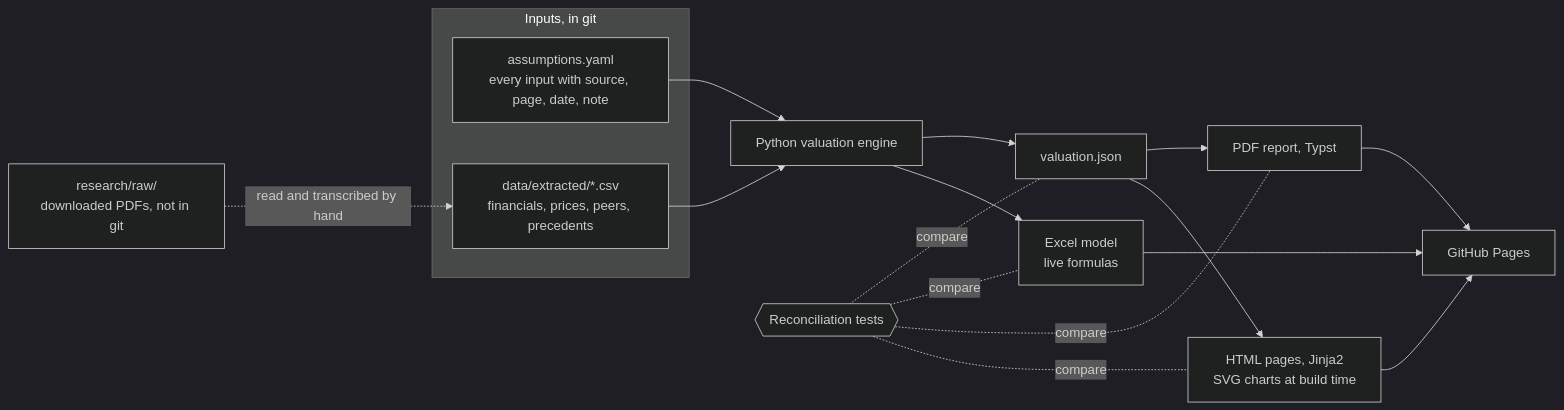
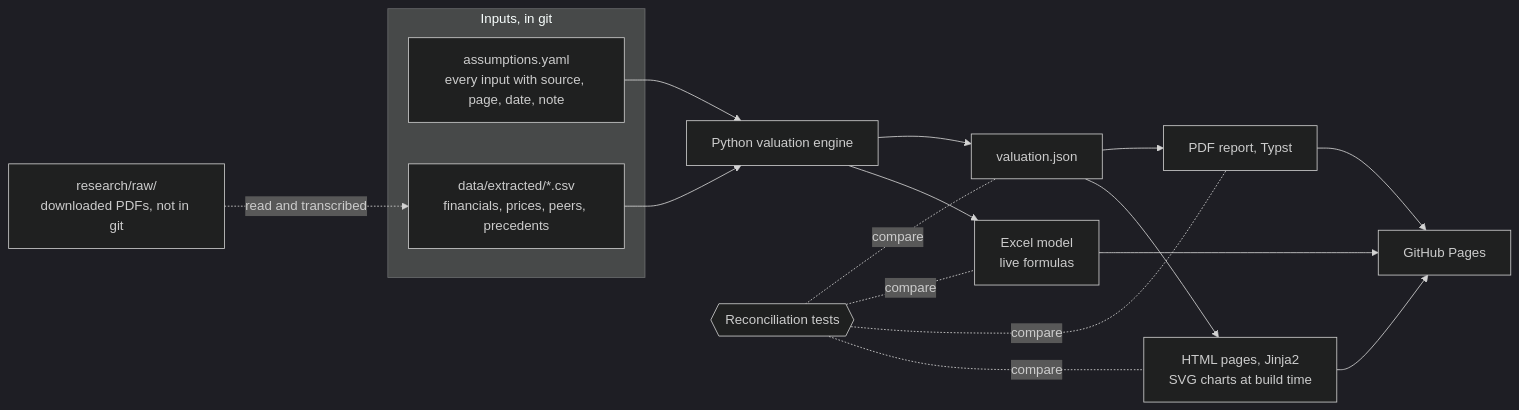
One commit to shivanisrinivasanln-git/asx-takeover-valuation changed the diagram in docs/ROADMAP.md. Above: the diagram before and after it, drawn with Mermaid (dark theme). The commit also changed other lines of this file and 3 other files, not shown here.

````diff
--- a/docs/ROADMAP.md
+++ b/docs/ROADMAP.md
@@ -48,21 +48,21 @@
 ```mermaid
 flowchart LR
   subgraph inputs[Inputs, in git]
     A[assumptions.yaml<br/>every input with source, page, date, note]
     D[data/extracted/*.csv<br/>financials, prices, peers, precedents]
   end
-  R[research/raw/<br/>downloaded PDFs, not in git] -. read and transcribed by hand .-> D
+  R[research/raw/<br/>downloaded PDFs, not in git] -. read and transcribed .-> D
   A --> E[Python valuation engine]
   D --> E
   E --> J[valuation.json]
   E --> X[Excel model<br/>live formulas]
   J --> P[PDF report, Typst]
   J --> W[HTML pages, Jinja2<br/>SVG charts at build time]
   W --> G[GitHub Pages]
   X --> G
   P --> G
   T{{Reconciliation tests}} -. compare .- J
   T -. compare .- X
   T -. compare .- P
   T -. compare .- W
 ```
````
